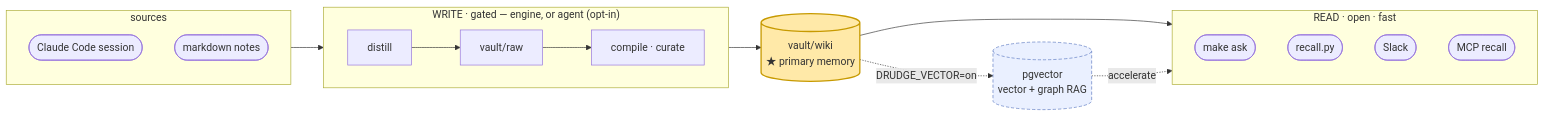
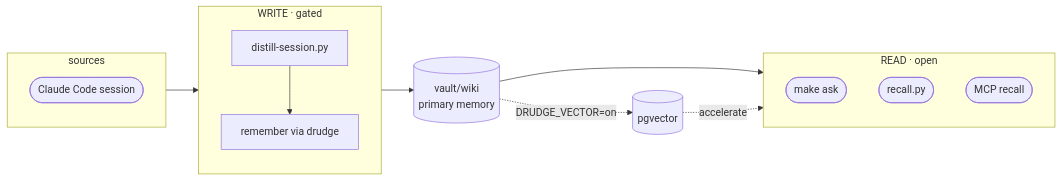
One commit to jazz1x/ohmyboring changed the diagram in README.md. Above: the diagram before and after it, drawn with Mermaid. The commit also changed other lines of this file and 2 other files, not shown here.

First line of the commit message:
docs: rewrite READMEs for clarity and current architecture

````diff
--- a/README.md
+++ b/README.md
@@ -16,27 +37,18 @@
 ```mermaid
 flowchart LR
-  subgraph SRC ["sources"]
-    direction TB
-    CC(["Claude Code session"])
-    NT(["markdown notes"])
+  subgraph SRC [sources]
+    CC([Claude Code session])
   end
-  subgraph WRITE ["WRITE · gated — engine, or agent (opt-in)"]
-    direction LR
-    D["distill"] --> RAW["vault/raw"] --> CP["compile · curate"]
+  subgraph WRITE [WRITE · gated]
+    D["distill-session.py"] --> REM["remember via drudge"]
   end
-  WIKI[("vault/wiki<br/>★ primary memory")]
-  subgraph RD ["READ · open · fast"]
-    direction TB
-    ASK(["make ask"])
-    REC(["recall.py"])
-    SLK(["Slack"])
-    MCP(["MCP recall"])
+  WIKI[("vault/wiki<br/>primary memory")]
+  subgraph RD [READ · open]
+    ASK([make ask])
+    REC([recall.py])
+    MCP([MCP recall])
   end
   SRC --> WRITE --> WIKI --> RD
-  WIKI -. "DRUDGE_VECTOR=on" .-> PG[("pgvector<br/>vector + graph RAG")]
+  WIKI -. "DRUDGE_VECTOR=on" .-> PG[("pgvector")]
   PG -. accelerate .-> RD
-  classDef hub fill:#ffe9a8,stroke:#c79a00,stroke-width:2px;
-  classDef opt fill:#eaf0ff,stroke:#5a78c0,stroke-dasharray:5 3;
-  class WIKI hub;
-  class PG opt;
 ```
````
